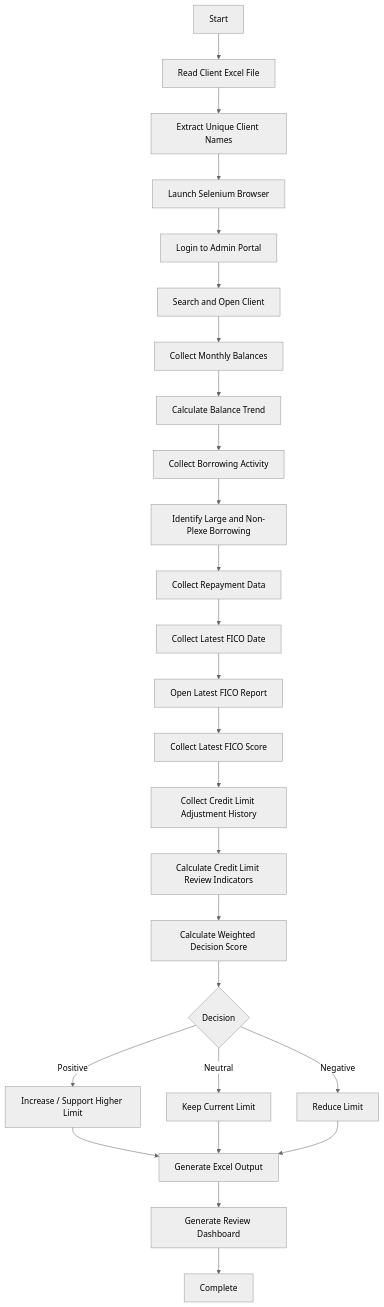
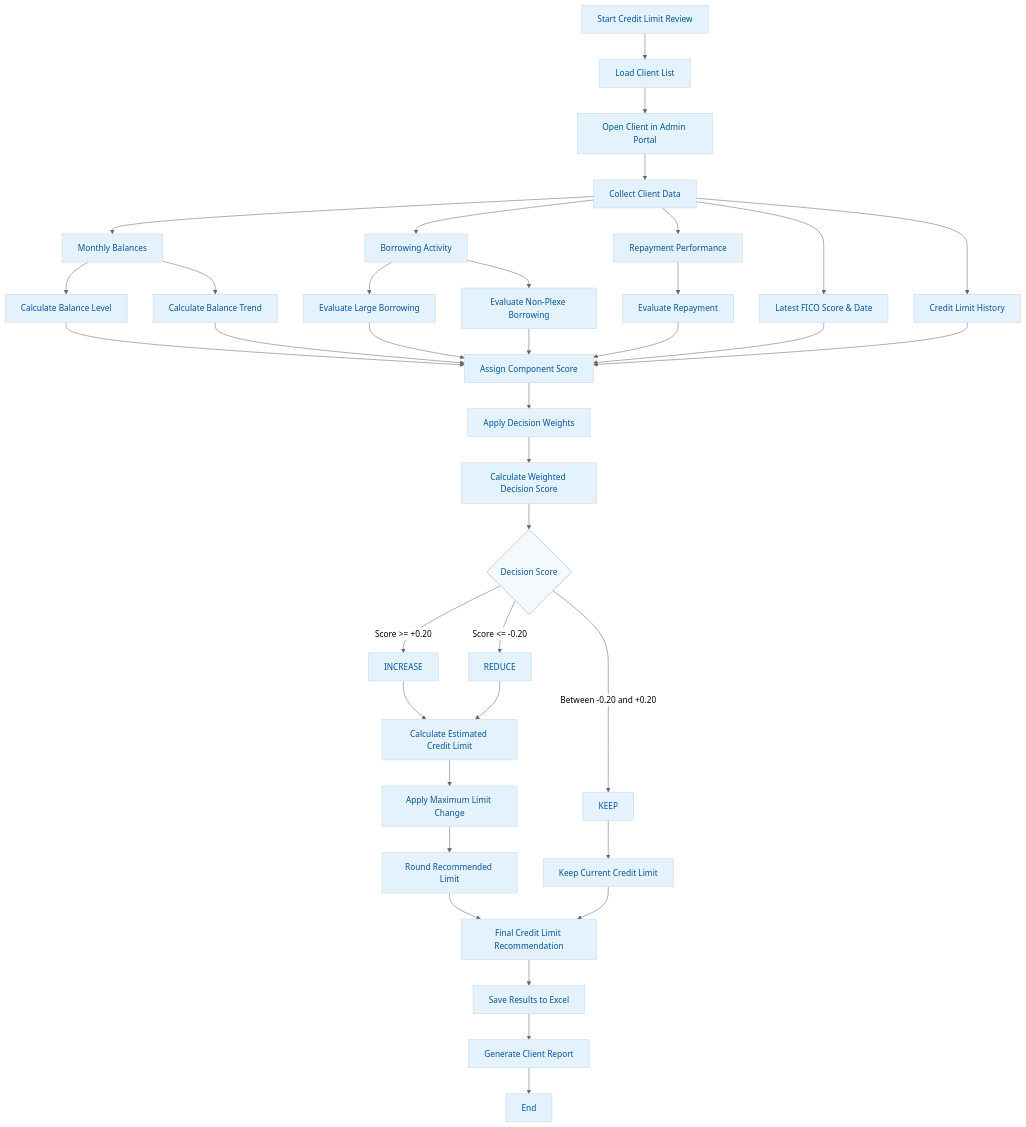
One commit to wadkaraishwarya/credit-limit-review changed the diagram in README.md. Above: the diagram before and after it, drawn with Mermaid (neutral theme).

Commit message:
Revise workflow diagram for credit limit review
Updated the workflow diagram to reflect the new credit limit review process with detailed steps and decision logic.

````diff
--- a/README.md
+++ b/README.md
@@ -37,28 +37,55 @@
-``` mermaid
+```mermaid
 flowchart TD
-    A[Start] --> B[Read Client Excel File]
-    B --> C[Extract Unique Client Names]
-    C --> D[Launch Selenium Browser]
-    D --> E[Login to Admin Portal]
-    E --> F[Search and Open Client]
-    F --> G[Collect Monthly Balances]
-    G --> H[Calculate Balance Trend]
-    H --> I[Collect Borrowing Activity]
-    I --> J[Identify Large and Non-Plexe Borrowing]
-    J --> K[Collect Repayment Data]
-    K --> L[Collect Latest FICO Date]
-    L --> M[Open Latest FICO Report]
-    M --> N[Collect Latest FICO Score]
-    N --> O[Collect Credit Limit Adjustment History]
-    O --> P[Calculate Credit Limit Review Indicators]
-    P --> Q[Calculate Weighted Decision Score]
-    Q --> R{Decision}
-    R -->|Positive| S[Increase / Support Higher Limit]
-    R -->|Neutral| T[Keep Current Limit]
-    R -->|Negative| U[Reduce Limit]
-    S --> V[Generate Excel Output]
-    T --> V
-    U --> V
-    V --> W[Generate Review Dashboard]
-    W --> X[Complete]
+    A[Start Credit Limit Review] --> B[Load Client List]
+    B --> C[Open Client in Admin Portal]
+    C --> D[Collect Client Data]
+
+    D --> E[Monthly Balances]
+    D --> F[Borrowing Activity]
+    D --> G[Repayment Performance]
+    D --> H[Latest FICO Score & Date]
+    D --> I[Credit Limit History]
+
+    E --> E1[Calculate Balance Level]
+    E --> E2[Calculate Balance Trend]
+
+    F --> F1[Evaluate Large Borrowing]
+    F --> F2[Evaluate Non-Plexe Borrowing]
+
+    G --> G1[Evaluate Repayment]
+
+    E1 --> J[Assign Component Score]
+    E2 --> J
+    F1 --> J
+    F2 --> J
+    G1 --> J
+    H --> J
+    I --> J
+
+    J --> K[Apply Decision Weights]
+    K --> L[Calculate Weighted Decision Score]
+    L --> M{Decision Score}
+
+    M -->|Score >= +0.20| N[INCREASE]
+    M -->|Score <= -0.20| O[REDUCE]
+    M -->|Between -0.20 and +0.20| P[KEEP]
+
+    N --> Q[Calculate Estimated Credit Limit]
+    O --> Q
+
+    Q --> R[Apply Maximum Limit Change]
+    R --> S[Round Recommended Limit]
+
+    P --> T[Keep Current Credit Limit]
+
+    S --> U[Final Credit Limit Recommendation]
+    T --> U
+
+    U --> V[Save Results to Excel]
+    V --> W[Generate Client Report]
+    W --> X[End]
+
+    classDef default fill:#e3f2fd,stroke:#cbd5e1,color:#07549b,stroke-width:1px;
+    classDef decision fill:#f4faff,stroke:#94a3b8,color:#07549b,stroke-width:1px;
+    class M decision;
 ```
````
